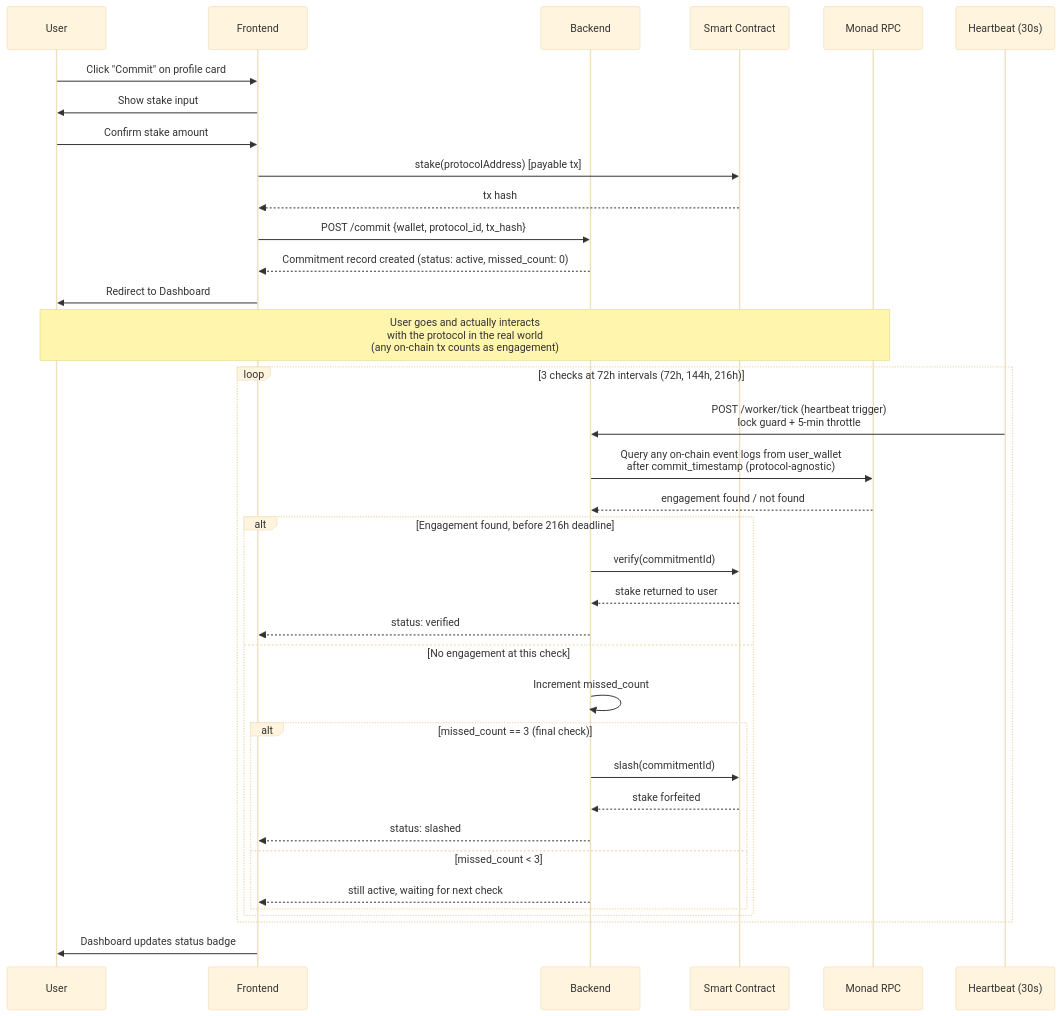
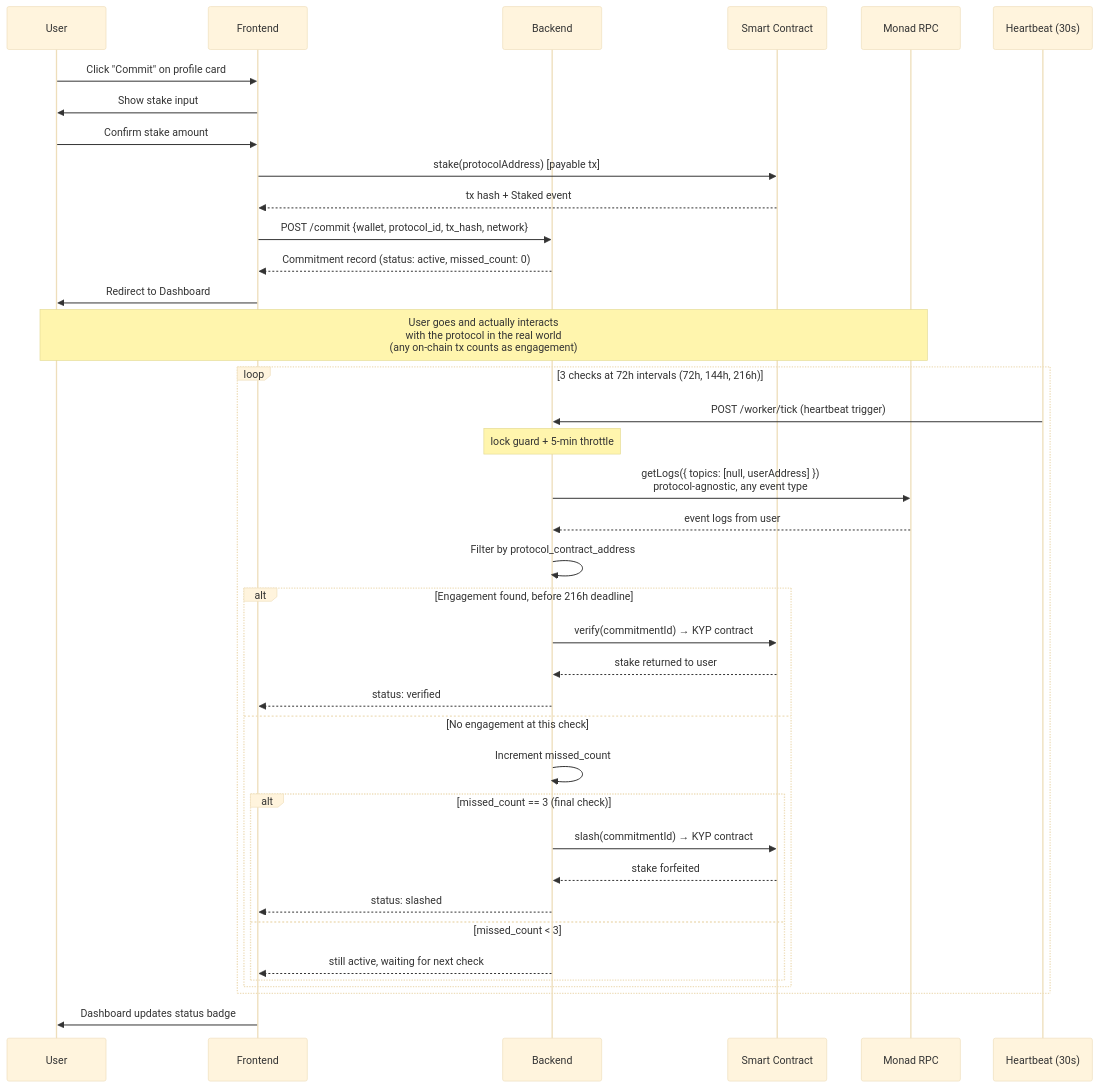
The second of 2 diagrams in Architecture.MD (tobiawolaju/KYP), drawn with Mermaid (base theme) before and after one commit. The commit also changed other lines of this file and 2 other files, not shown here.

````diff
--- a/Architecture.MD
+++ b/Architecture.MD
@@ -119,41 +165,43 @@
 ```mermaid
 sequenceDiagram
     participant U as User
     participant F as Frontend
     participant B as Backend
     participant C as Smart Contract
     participant RPC as Monad RPC
     participant HB as Heartbeat (30s)
 
     U->>F: Click "Commit" on profile card
     F->>U: Show stake input
     U->>F: Confirm stake amount
     F->>C: stake(protocolAddress) [payable tx]
-    C-->>F: tx hash
-    F->>B: POST /commit {wallet, protocol_id, tx_hash}
-    B-->>F: Commitment record created (status: active, missed_count: 0)
+    C-->>F: tx hash + Staked event
+    F->>B: POST /commit {wallet, protocol_id, tx_hash, network}
+    B-->>F: Commitment record (status: active, missed_count: 0)
     F->>U: Redirect to Dashboard
 
     Note over U,RPC: User goes and actually interacts<br/>with the protocol in the real world<br/>(any on-chain tx counts as engagement)
 
     loop 3 checks at 72h intervals (72h, 144h, 216h)
-        HB->>B: POST /worker/tick (heartbeat trigger)<br/>lock guard + 5-min throttle
-        B->>RPC: Query any on-chain event logs from user_wallet<br/>after commit_timestamp (protocol-agnostic)
-        RPC-->>B: engagement found / not found
+        HB->>B: POST /worker/tick (heartbeat trigger)
+        Note over B: lock guard + 5-min throttle
+        B->>RPC: getLogs({ topics: [null, userAddress] })<br/>protocol-agnostic, any event type
+        RPC-->>B: event logs from user
+        B->>B: Filter by protocol_contract_address
         alt Engagement found, before 216h deadline
-            B->>C: verify(commitmentId)
+            B->>C: verify(commitmentId) → KYP contract
             C-->>B: stake returned to user
             B-->>F: status: verified
         else No engagement at this check
             B->>B: Increment missed_count
             alt missed_count == 3 (final check)
-                B->>C: slash(commitmentId)
+                B->>C: slash(commitmentId) → KYP contract
                 C-->>B: stake forfeited
                 B-->>F: status: slashed
             else missed_count < 3
                 B-->>F: still active, waiting for next check
             end
         end
     end
     F->>U: Dashboard updates status badge
 ```
````
